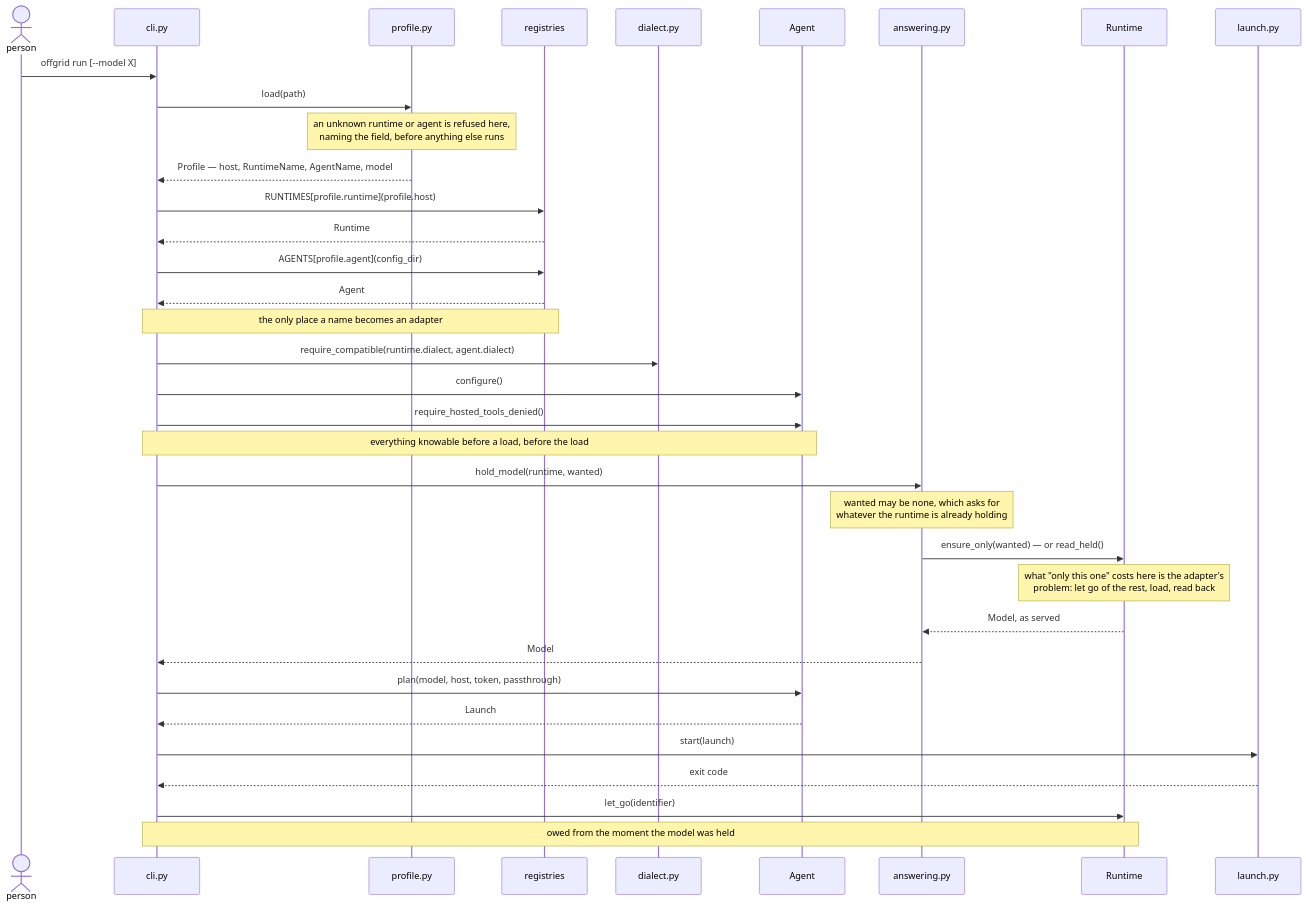
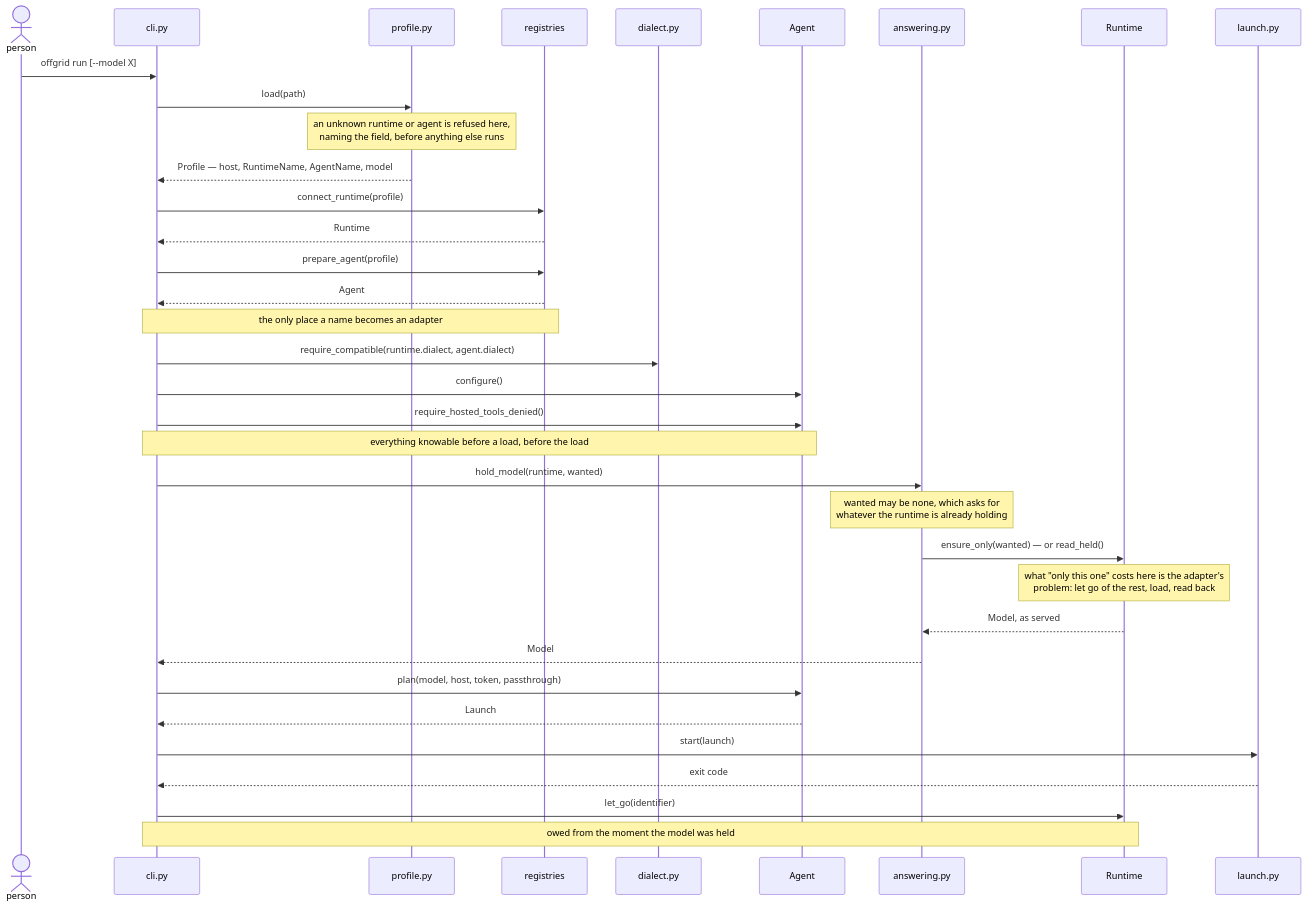
The second of 3 diagrams in docs/architecture.md (pvardanis/offgrid), drawn with Mermaid before and after one commit. The commit also changed other lines of this file and 1 other file, not shown here.

````diff
--- a/docs/architecture.md
+++ b/docs/architecture.md
@@ -129,38 +129,38 @@
 ```mermaid
 sequenceDiagram
     actor P as person
     participant C as cli.py
     participant F as profile.py
     participant G as registries
     participant D as dialect.py
     participant A as Agent
     participant H as answering.py
     participant R as Runtime
     participant L as launch.py
 
     P->>C: offgrid run [--model X]
     C->>F: load(path)
     Note over F: an unknown runtime or agent is refused here,<br/>naming the field, before anything else runs
     F-->>C: Profile — host, RuntimeName, AgentName, model
-    C->>G: RUNTIMES[profile.runtime](profile.host)
+    C->>G: connect_runtime(profile)
     G-->>C: Runtime
-    C->>G: AGENTS[profile.agent](config_dir)
+    C->>G: prepare_agent(profile)
     G-->>C: Agent
     Note over C,G: the only place a name becomes an adapter
     C->>D: require_compatible(runtime.dialect, agent.dialect)
     C->>A: configure()
     C->>A: require_hosted_tools_denied()
     Note over C,A: everything knowable before a load, before the load
     C->>H: hold_model(runtime, wanted)
     Note over H: wanted may be none, which asks for<br/>whatever the runtime is already holding
     H->>R: ensure_only(wanted) — or read_held()
     Note over R: what "only this one" costs here is the adapter's<br/>problem: let go of the rest, load, read back
     R-->>H: Model, as served
     H-->>C: Model
     C->>A: plan(model, host, token, passthrough)
     A-->>C: Launch
     C->>L: start(launch)
     L-->>C: exit code
     C->>R: let_go(identifier)
     Note over C,R: owed from the moment the model was held
 ```
````
